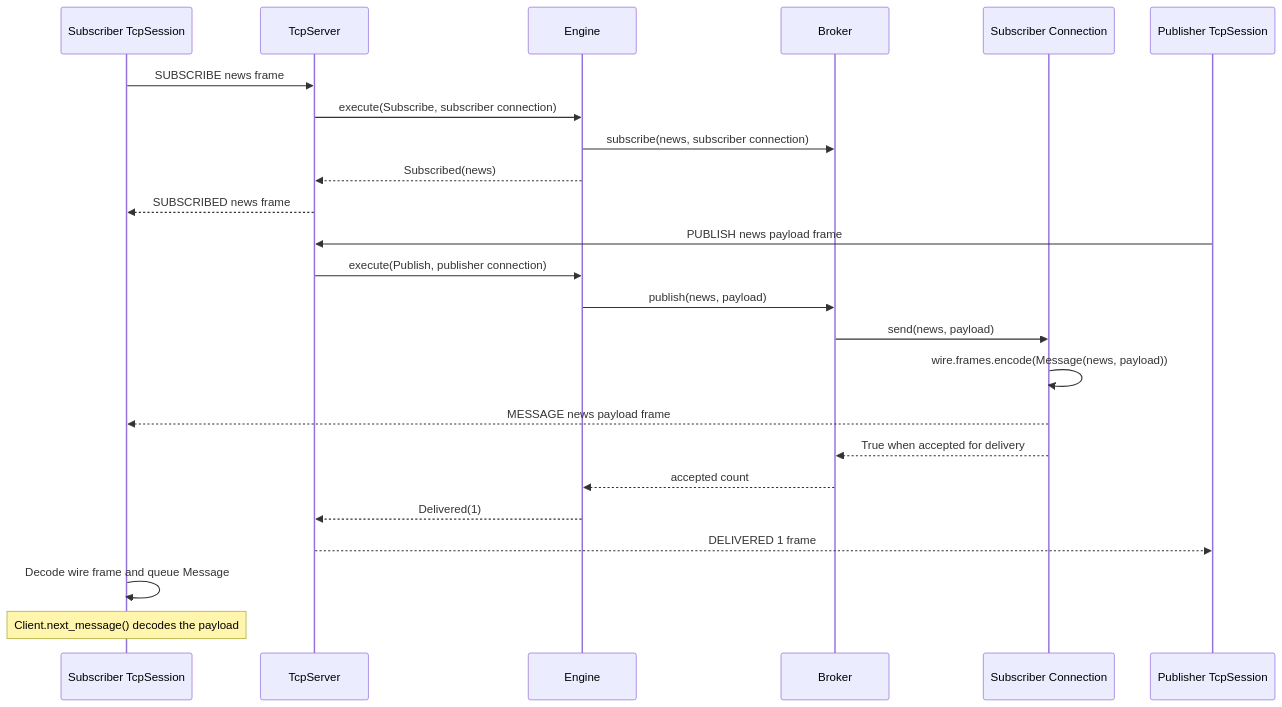
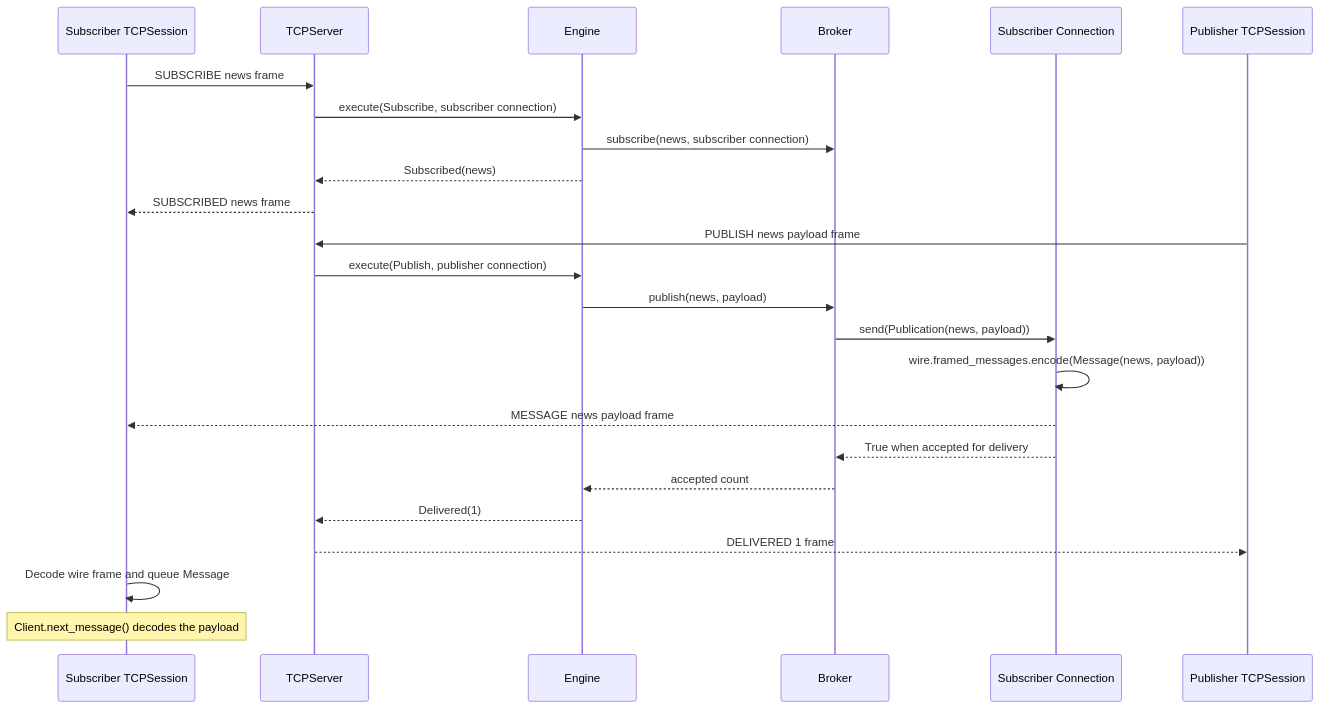
Before and after one commit to gchape/velis: the third of 6 diagrams in README.md, drawn with Mermaid. The commit also changed other lines of this file, not shown here.

Commit message:
docs: update architecture, naming and API migration guidance

````diff
--- a/README.md
+++ b/README.md
@@ -226,28 +226,28 @@
 ```mermaid
 sequenceDiagram
-    participant A as Subscriber TcpSession
-    participant S as TcpServer
+    participant A as Subscriber TCPSession
+    participant S as TCPServer
     participant E as Engine
     participant B as Broker
     participant N as Subscriber Connection
-    participant P as Publisher TcpSession
+    participant P as Publisher TCPSession
 
     A->>S: SUBSCRIBE news frame
     S->>E: execute(Subscribe, subscriber connection)
     E->>B: subscribe(news, subscriber connection)
     E-->>S: Subscribed(news)
     S-->>A: SUBSCRIBED news frame
 
     P->>S: PUBLISH news payload frame
     S->>E: execute(Publish, publisher connection)
     E->>B: publish(news, payload)
-    B->>N: send(news, payload)
-    N->>N: wire.frames.encode(Message(news, payload))
+    B->>N: send(Publication(news, payload))
+    N->>N: wire.framed_messages.encode(Message(news, payload))
     N-->>A: MESSAGE news payload frame
     N-->>B: True when accepted for delivery
     B-->>E: accepted count
     E-->>S: Delivered(1)
     S-->>P: DELIVERED 1 frame
     A->>A: Decode wire frame and queue Message
     Note over A: Client.next_message() decodes the payload
 ```
````
